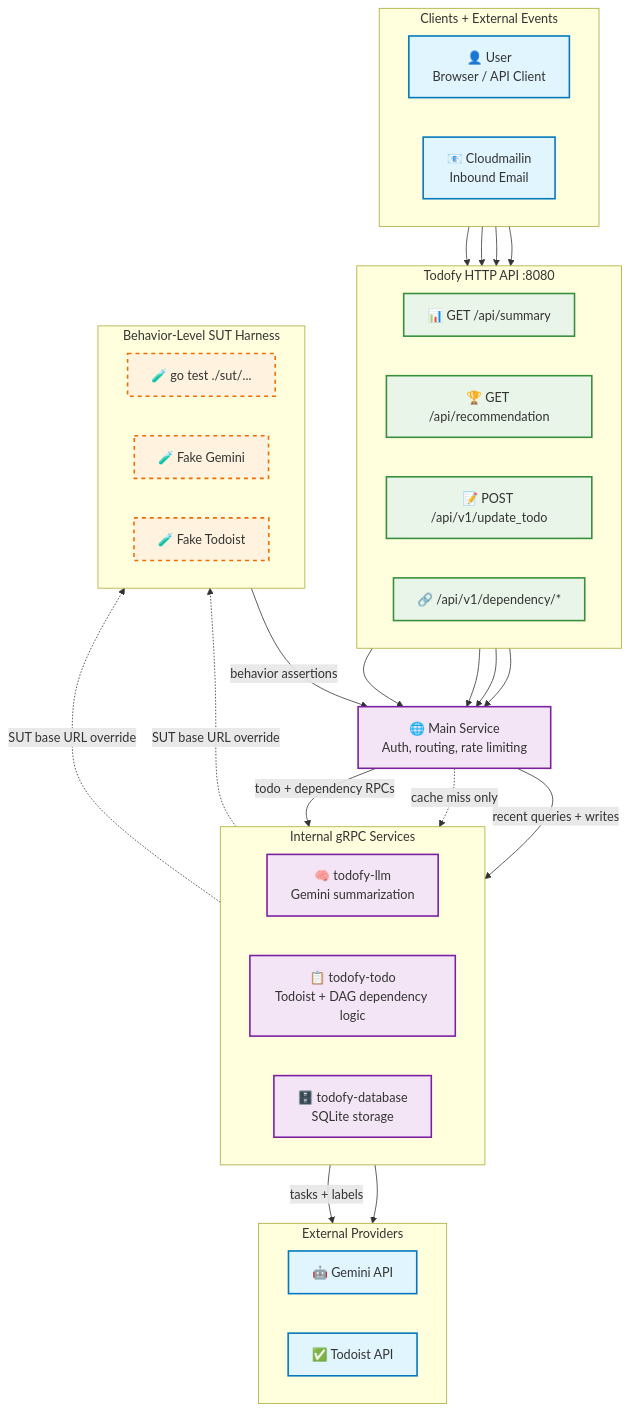
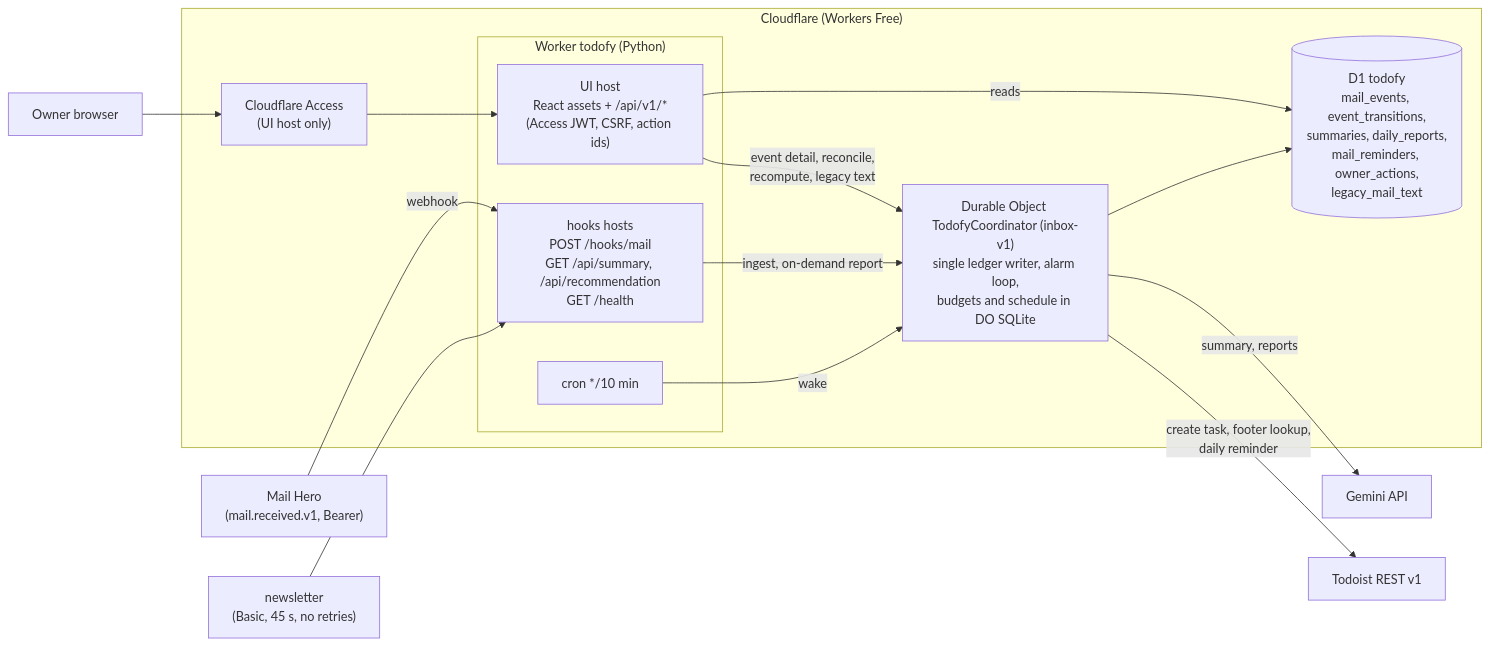
One commit to ziyixi/todofy changed the first of 2 diagrams in architecture-diagram.md. Above: the diagram before and after it, drawn with Mermaid. The commit also changed other lines of this file and 162 other files, not shown here.

First line of the commit message:
Harden the rewrite after review and remove the legacy Go service

````diff
--- a/architecture-diagram.md
+++ b/architecture-diagram.md
@@ -1,69 +8,31 @@
 ```mermaid
-flowchart TB
-    subgraph Clients["Clients + External Events"]
-        direction LR
-        User[👤 User<br/>Browser / API Client]
-        Email[📧 Cloudmailin<br/>Inbound Email]
+flowchart LR
+    MH["Mail Hero<br/>(mail.received.v1, Bearer)"]
+    NL["newsletter<br/>(Basic, 45 s, no retries)"]
+    Owner["Owner browser"]
+
+    subgraph CF["Cloudflare (Workers Free)"]
+        Access["Cloudflare Access<br/>(UI host only)"]
+        subgraph W["Worker todofy (Python)"]
+            Hooks["hooks hosts<br/>POST /hooks/mail<br/>GET /api/summary, /api/recommendation<br/>GET /health"]
+            OwnerAPI["UI host<br/>React assets + /api/v1/*<br/>(Access JWT, CSRF, action ids)"]
+            Cron["cron */10 min"]
+        end
+        DO["Durable Object TodofyCoordinator (inbox-v1)<br/>single ledger writer, alarm loop,<br/>budgets and schedule in DO SQLite"]
+        D1[("D1 todofy<br/>mail_events, event_transitions,<br/>summaries, daily_reports,<br/>mail_reminders, owner_actions,<br/>legacy_mail_text")]
     end
 
-    subgraph API["Todofy HTTP API :8080"]
-        direction LR
-        Summary[📊 GET /api/summary]
-        Recommend[🏆 GET /api/recommendation]
-        UpdateTodo[📝 POST /api/v1/update_todo]
-        DependencyOps[🔗 /api/v1/dependency/*]
-    end
+    Gemini["Gemini API"]
+    Todoist["Todoist REST v1"]
 
-    Main[🌐 Main Service<br/>Auth, routing, rate limiting]
-
-    subgraph Services["Internal gRPC Services"]
-        direction LR
-        LLM[🧠 todofy-llm<br/>Gemini summarization]
-        Todo[📋 todofy-todo<br/>Todoist + DAG dependency logic]
-        DB[🗄️ todofy-database<br/>SQLite storage]
-    end
-
-    subgraph Providers["External Providers"]
-        direction LR
-        Gemini[🤖 Gemini API]
-        Todoist[✅ Todoist API]
-    end
-
-    subgraph SUT["Behavior-Level SUT Harness"]
-        direction LR
-        SUTTests[🧪 go test ./sut/...]
-        FakeGemini[🧪 Fake Gemini]
-        FakeTodoist[🧪 Fake Todoist]
-    end
-
-    User --> Summary
-    User --> Recommend
-    User --> DependencyOps
-    Email --> UpdateTodo
-
-    Summary --> Main
-    Recommend --> Main
-    UpdateTodo --> Main
-    DependencyOps --> Main
-
-    Main -->|recent queries + writes| DB
-    Main -.->|cache miss only| LLM
-    Main -->|todo + dependency RPCs| Todo
-
-    LLM --> Gemini
-    Todo -->|tasks + labels| Todoist
-
-    SUTTests -->|behavior assertions| Main
-    LLM -.->|SUT base URL override| FakeGemini
-    Todo -.->|SUT base URL override| FakeTodoist
-
-    classDef external fill:#e1f5fe,stroke:#0277bd,stroke-width:2px
-    classDef service fill:#f3e5f5,stroke:#7b1fa2,stroke-width:2px
-    classDef endpoint fill:#e8f5e8,stroke:#388e3c,stroke-width:2px
-    classDef test fill:#fff3e0,stroke:#ef6c00,stroke-width:2px,stroke-dasharray: 5 5
-
-    class User,Email,Gemini,Todoist external
-    class Main,LLM,Todo,DB service
-    class Summary,Recommend,UpdateTodo,DependencyOps endpoint
-    class SUTTests,FakeGemini,FakeTodoist test
+    MH -->|webhook| Hooks
+    NL --> Hooks
+    Owner --> Access --> OwnerAPI
+    Hooks -->|ingest, on-demand report| DO
+    OwnerAPI -->|reads| D1
+    OwnerAPI -->|event detail, reconcile,<br/>recompute, legacy text| DO
+    Cron -->|wake| DO
+    DO --> D1
+    DO -->|summary, reports| Gemini
+    DO -->|create task, footer lookup,<br/>daily reminder| Todoist
 ```
````
